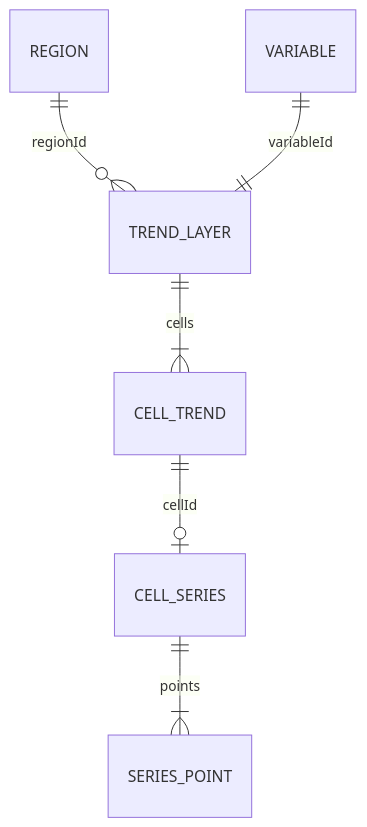
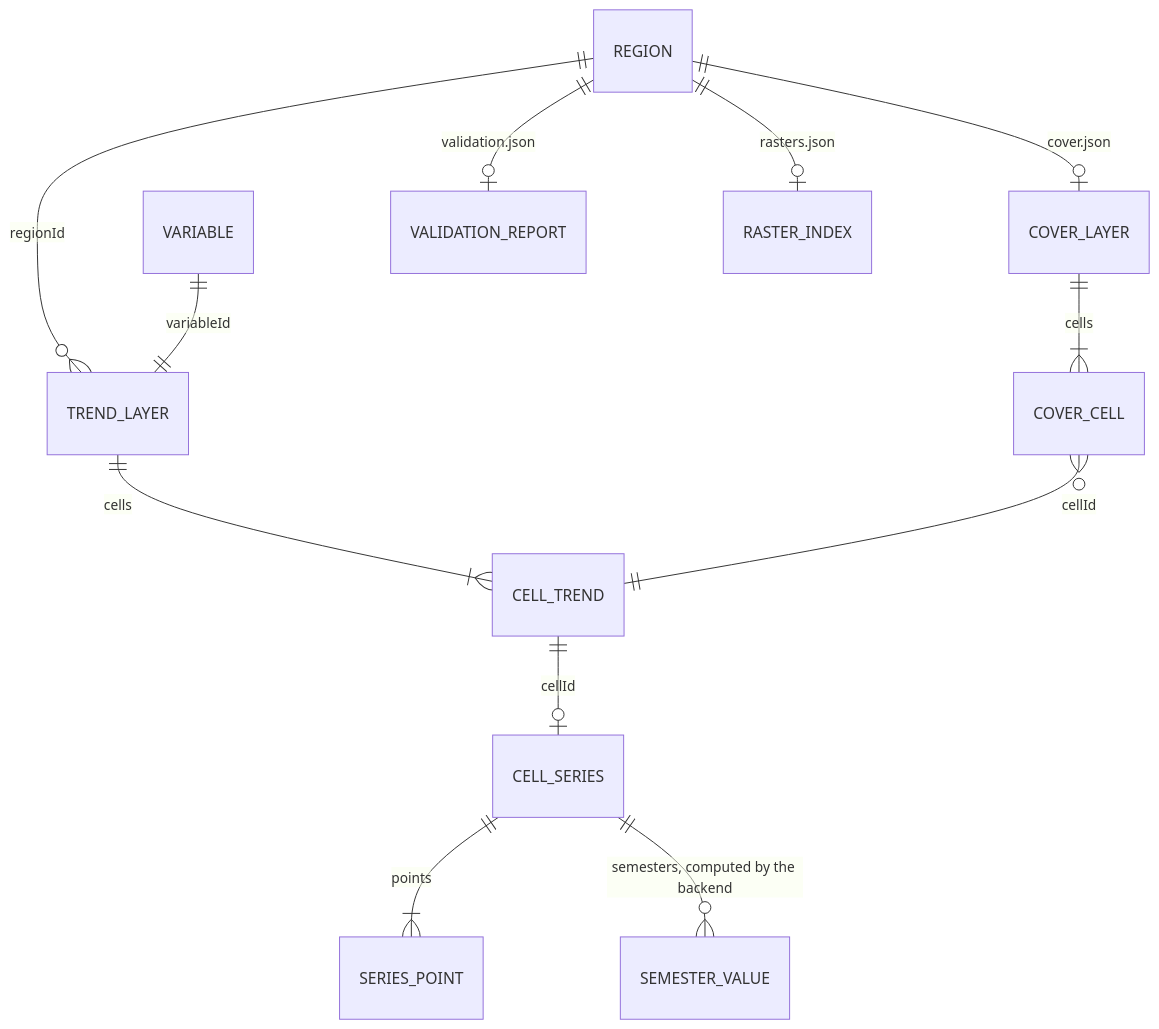
Before and after one commit to AetherKernel/SIGNO: the diagram in .ai-context/03-database.md, drawn with Mermaid. The commit also changed other lines of this file and 244 other files, not shown here.

````diff
--- a/.ai-context/03-database.md
+++ b/.ai-context/03-database.md
@@ -13,8 +13,14 @@
 ```mermaid
 erDiagram
   REGION ||--o{ TREND_LAYER : "regionId"
   VARIABLE ||--|| TREND_LAYER : "variableId"
   TREND_LAYER ||--|{ CELL_TREND : "cells"
   CELL_TREND ||--o| CELL_SERIES : "cellId"
   CELL_SERIES ||--|{ SERIES_POINT : "points"
+  CELL_SERIES ||--o{ SEMESTER_VALUE : "semesters, computed by the backend"
+  REGION ||--o| COVER_LAYER : "cover.json"
+  COVER_LAYER ||--|{ COVER_CELL : "cells"
+  COVER_CELL }o--|| CELL_TREND : "cellId"
+  REGION ||--o| VALIDATION_REPORT : "validation.json"
+  REGION ||--o| RASTER_INDEX : "rasters.json"
 ```
````
